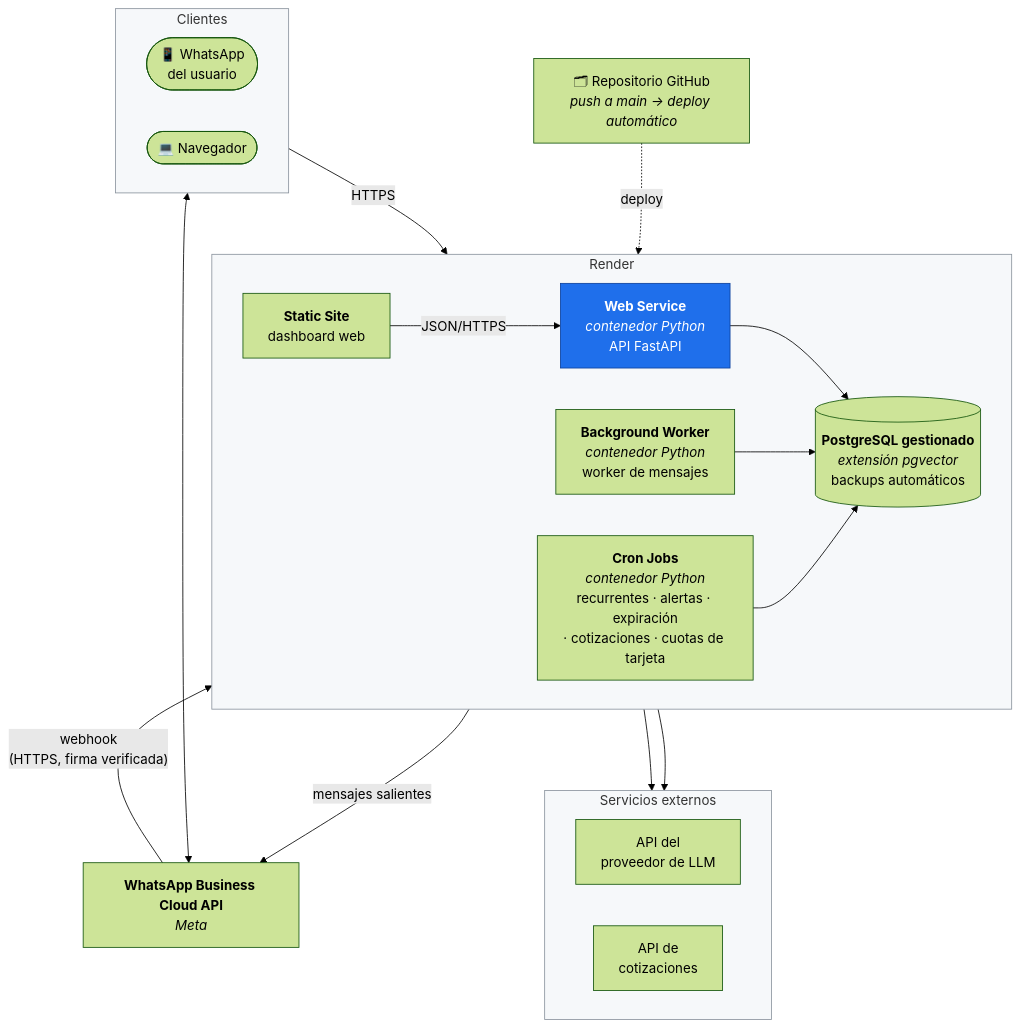
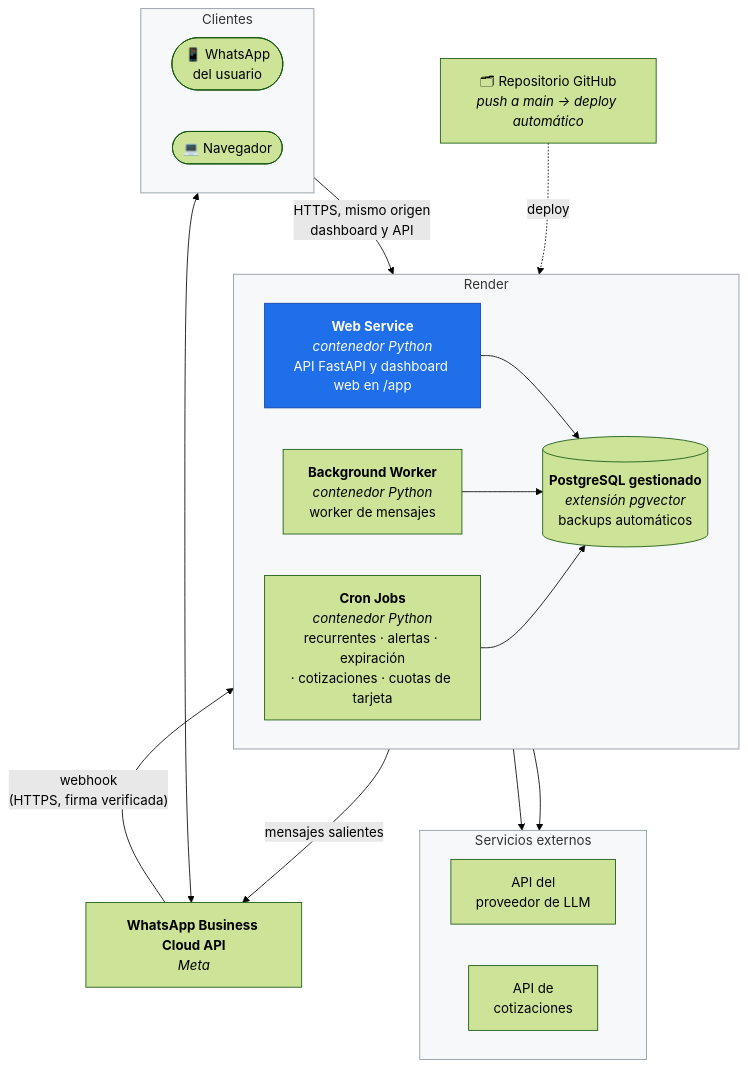
The fourth of 4 diagrams in docs/02-arquitectura.md (verozacarias-prog/AI4Devs-finalproject), drawn with Mermaid (forest theme) before and after one commit. The commit also changed other lines of this file and 10 other files, not shown here.

````diff
--- a/docs/02-arquitectura.md
+++ b/docs/02-arquitectura.md
@@ -203,43 +203,41 @@
 ```mermaid
 flowchart TB
     subgraph CLIENTES["Clientes"]
         direction LR
         PHONE(["📱 WhatsApp<br/>del usuario"])
         BROWSER(["💻 Navegador"])
     end
 
     DEV["🗂 Repositorio GitHub<br/><i>push a main → deploy automático</i>"]
     WACLOUD["<b>WhatsApp Business Cloud API</b><br/><i>Meta</i>"]
 
     subgraph RENDER["Render"]
         direction LR
-        STATIC["<b>Static Site</b><br/>dashboard web"]
-        WEBSVC["<b>Web Service</b><br/><i>contenedor Python</i><br/>API FastAPI"]
+        WEBSVC["<b>Web Service</b><br/><i>contenedor Python</i><br/>API FastAPI y dashboard web en /app"]
         BGW["<b>Background Worker</b><br/><i>contenedor Python</i><br/>worker de mensajes"]
         CRON["<b>Cron Jobs</b><br/><i>contenedor Python</i><br/>recurrentes · alertas · expiración<br/>· cotizaciones · cuotas de tarjeta"]
         PG[("<b>PostgreSQL gestionado</b><br/><i>extensión pgvector</i><br/>backups automáticos")]
     end
 
     subgraph EXT["Servicios externos"]
         direction LR
         LLMAPI["API del<br/>proveedor de LLM"]
         FXAPI["API de<br/>cotizaciones"]
     end
 
     PHONE <--> WACLOUD
-    BROWSER -->|"HTTPS"| STATIC
+    BROWSER -->|"HTTPS, mismo origen<br/>dashboard y API"| WEBSVC
     DEV -.->|"deploy"| RENDER
     WACLOUD -->|"webhook<br/>(HTTPS, firma verificada)"| WEBSVC
     BGW -->|"mensajes salientes"| WACLOUD
-    STATIC -->|"JSON/HTTPS"| WEBSVC
     WEBSVC --> PG
     BGW --> PG
     BGW --> LLMAPI
     CRON --> PG
     CRON --> FXAPI
 
     style WEBSVC fill:#1f6feb,stroke:#0d419d,color:#fff
     style RENDER fill:#f6f8fa,stroke:#8b949e
     style EXT fill:#f6f8fa,stroke:#8b949e
     style CLIENTES fill:#f6f8fa,stroke:#8b949e
 ```
````
